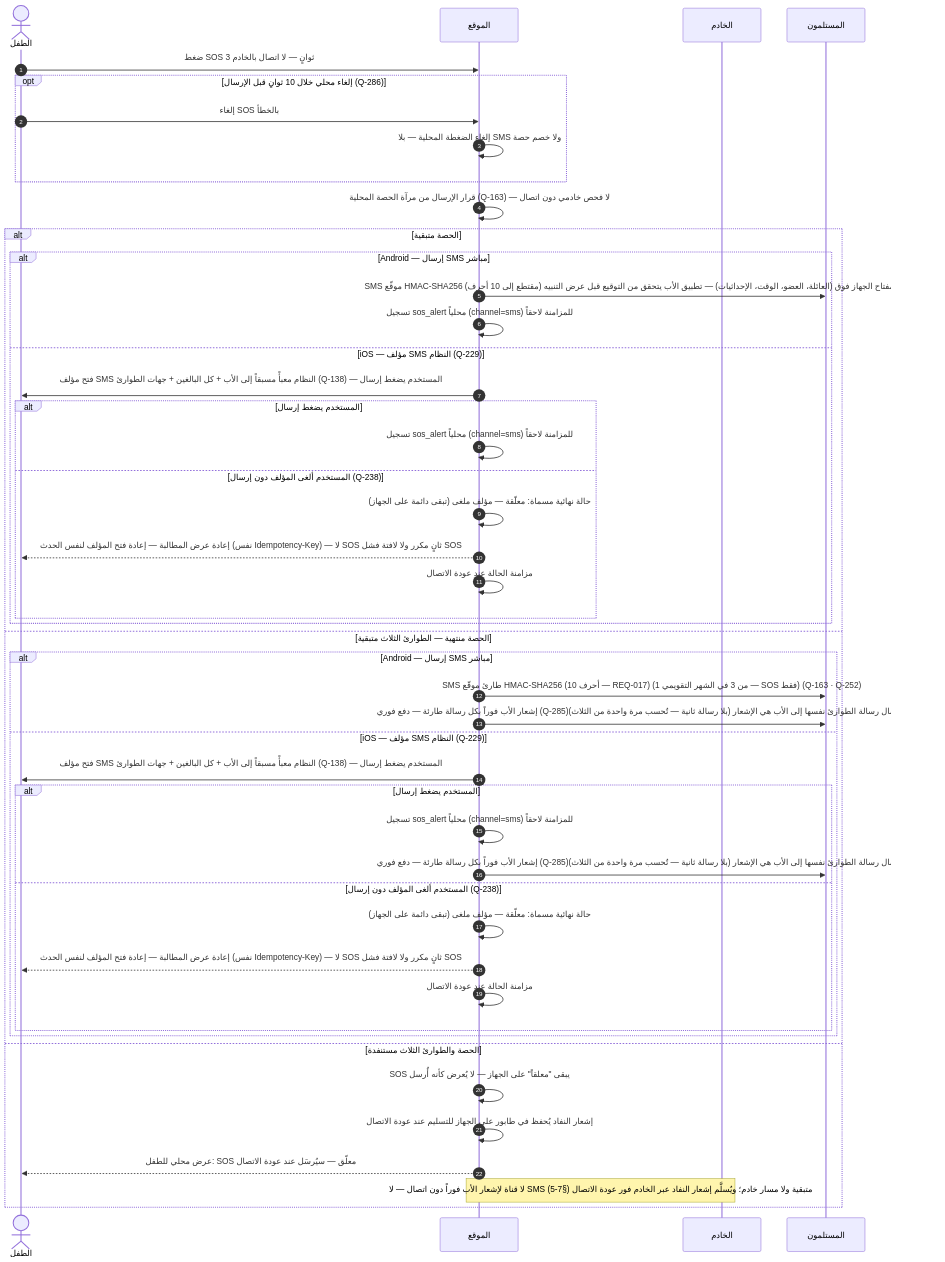
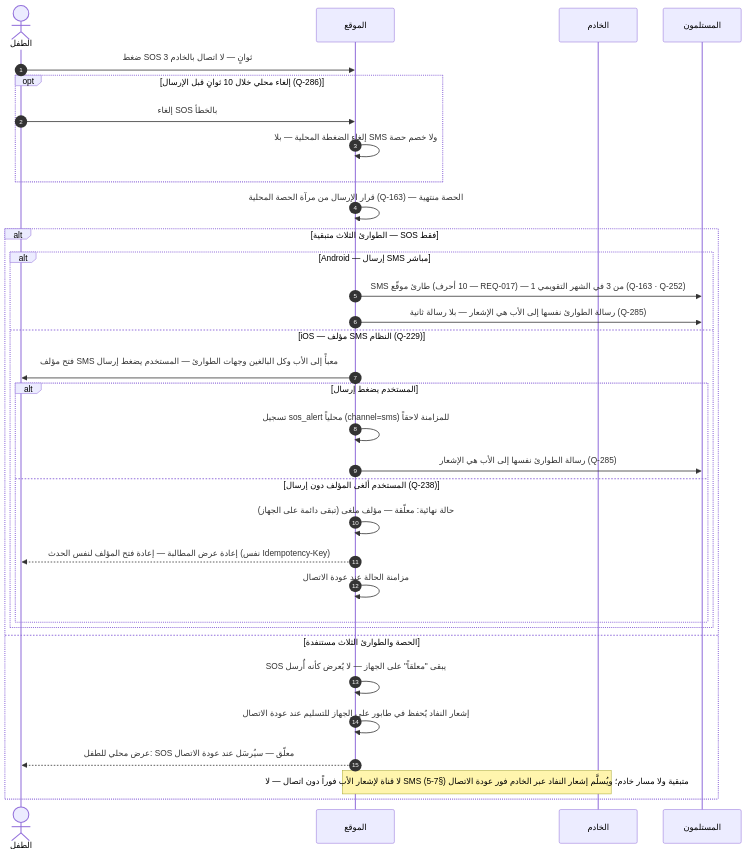
One commit to Bassam-mohammed-alqaeadi/family-os-v2 changed the seventh of 23 diagrams in docs/family-os/governance/phases/phase-1/S1-07-location-basic/DIAGRAMS.md. Above: the diagram before and after it, drawn with Mermaid. The commit also changed other lines of this file, not shown here.

First line of the commit message:
Q-434 S1-07: content (REQ-019..023, Q-409/411/416) + shape (13→23 blocks)

````diff
--- a/docs/family-os/governance/phases/phase-1/S1-07-location-basic/DIAGRAMS.md
+++ b/docs/family-os/governance/phases/phase-1/S1-07-location-basic/DIAGRAMS.md
@@ -254,49 +321,35 @@
 ```mermaid
 sequenceDiagram
     autonumber
     actor Child as الطفل
     participant S107 as الموقع
     participant Ktor as الخادم
     participant Recipients as المستلمون
     Child->>S107: ضغط SOS 3 ثوانٍ — لا اتصال بالخادم
     opt إلغاء محلي خلال 10 ثوانٍ قبل الإرسال (Q-286)
         Child->>S107: إلغاء SOS بالخطأ
         S107->>S107: إلغاء الضغطة المحلية — بلا SMS ولا خصم حصة
     end
-    S107->>S107: قرار الإرسال من مرآة الحصة المحلية (Q-163) — لا فحص خادمي دون اتصال
-    alt الحصة متبقية
+    S107->>S107: قرار الإرسال من مرآة الحصة المحلية (Q-163) — الحصة منتهية
+    alt الطوارئ الثلاث متبقية — SOS فقط
         alt Android — إرسال SMS مباشر
-            S107->>Recipients: SMS موقّع HMAC-SHA256 (مقتطع إلى 10 أحرف) بمفتاح الجهاز فوق (العائلة، العضو، الوقت، الإحداثيات) — تطبيق الأب يتحقق من التوقيع قبل عرض التنبيه (REQ-017)
-            S107->>S107: تسجيل sos_alert محلياً (channel=sms) للمزامنة لاحقاً
+            S107->>Recipients: SMS طارئ موقّع (10 أحرف — REQ-017) — 1 من 3 في الشهر التقويمي (Q-163 · Q-252)
+            S107->>Recipients: رسالة الطوارئ نفسها إلى الأب هي الإشعار — بلا رسالة ثانية (Q-285)
         else iOS — مؤلف SMS النظام (Q-229)
-            S107->>Child: فتح مؤلف SMS النظام معبأً مسبقاً إلى الأب + كل البالغين + جهات الطوارئ (Q-138) — المستخدم يضغط إرسال
+            S107->>Child: فتح مؤلف SMS معبأً إلى الأب وكل البالغين وجهات الطوارئ — المستخدم يضغط إرسال
             alt المستخدم يضغط إرسال
                 S107->>S107: تسجيل sos_alert محلياً (channel=sms) للمزامنة لاحقاً
+                S107->>Recipients: رسالة الطوارئ نفسها إلى الأب هي الإشعار (Q-285)
             else المستخدم ألغى المؤلف دون إرسال (Q-238)
-                S107->>S107: حالة نهائية مسماة: معلّقة — مؤلف ملغى (تبقى دائمة على الجهاز)
-                S107-->>Child: إعادة عرض المطالبة — إعادة فتح المؤلف لنفس الحدث (نفس Idempotency-Key) — لا SOS ثانٍ مكرر ولا لافتة فشل SOS
-                S107->>S107: مزامنة الحالة عند عودة الاتصال
-            end
-        end
-    else الحصة منتهية — الطوارئ الثلاث متبقية
-        alt Android — إرسال SMS مباشر
-            S107->>Recipients: SMS طارئ موقّع HMAC-SHA256 (10 أحرف — REQ-017) (1 من 3 في الشهر التقويمي — SOS فقط) (Q-163 · Q-252)
-            S107->>Recipients: إشعار الأب فوراً بكل رسالة طارئة — دفع فوري (Q-285)؛ ودون اتصال رسالة الطوارئ نفسها إلى الأب هي الإشعار (بلا رسالة ثانية — تُحسب مرة واحدة من الثلاث)
-        else iOS — مؤلف SMS النظام (Q-229)
-            S107->>Child: فتح مؤلف SMS النظام معبأً مسبقاً إلى الأب + كل البالغين + جهات الطوارئ (Q-138) — المستخدم يضغط إرسال
-            alt المستخدم يضغط إرسال
-                S107->>S107: تسجيل sos_alert محلياً (channel=sms) للمزامنة لاحقاً
-                S107->>Recipients: إشعار الأب فوراً بكل رسالة طارئة — دفع فوري (Q-285)؛ ودون اتصال رسالة الطوارئ نفسها إلى الأب هي الإشعار (بلا رسالة ثانية — تُحسب مرة واحدة من الثلاث)
-            else المستخدم ألغى المؤلف دون إرسال (Q-238)
-                S107->>S107: حالة نهائية مسماة: معلّقة — مؤلف ملغى (تبقى دائمة على الجهاز)
-                S107-->>Child: إعادة عرض المطالبة — إعادة فتح المؤلف لنفس الحدث (نفس Idempotency-Key) — لا SOS ثانٍ مكرر ولا لافتة فشل SOS
+                S107->>S107: حالة نهائية: معلّقة — مؤلف ملغى (تبقى دائمة على الجهاز)
+                S107-->>Child: إعادة عرض المطالبة — إعادة فتح المؤلف لنفس الحدث (نفس Idempotency-Key)
                 S107->>S107: مزامنة الحالة عند عودة الاتصال
             end
         end
     else الحصة والطوارئ الثلاث مستنفدة
         S107->>S107: SOS يبقى "معلقاً" على الجهاز — لا يُعرض كأنه أُرسل
         S107->>S107: إشعار النفاد يُحفظ في طابور على الجهاز للتسليم عند عودة الاتصال
         S107-->>Child: عرض محلي للطفل: SOS معلّق — سيُرسَل عند عودة الاتصال
         Note over S107,Ktor: لا قناة لإشعار الأب فوراً دون اتصال — لا SMS متبقية ولا مسار خادم؛ ويُسلَّم إشعار النفاد عبر الخادم فور عودة الاتصال (§7-5)
     end
 ```
````
